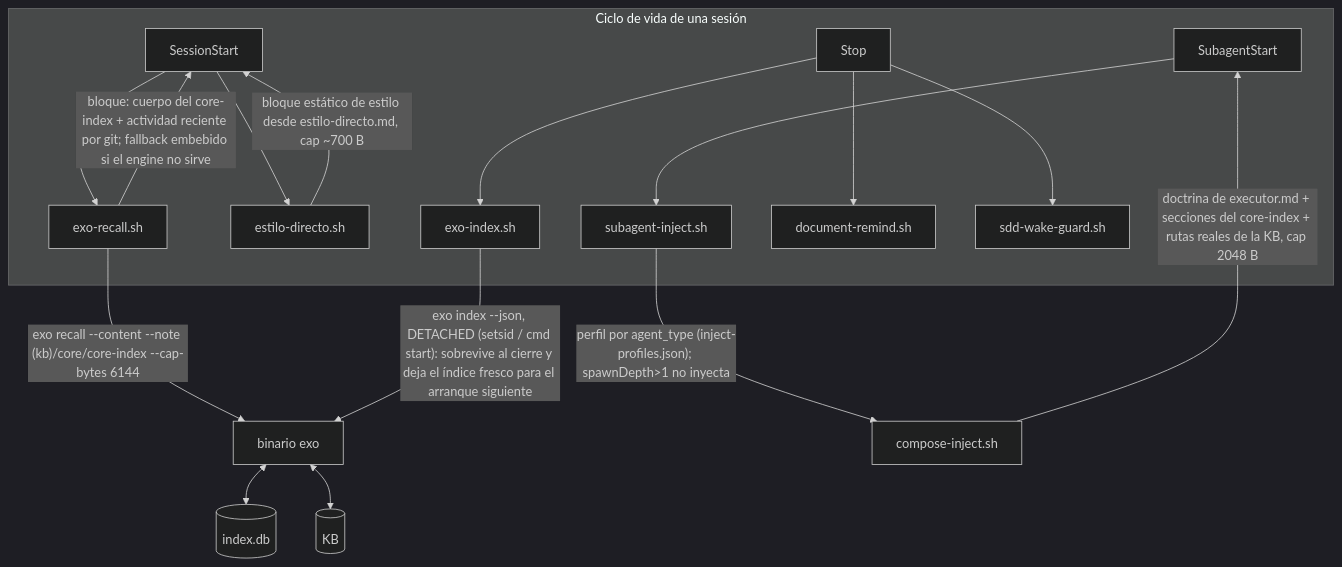
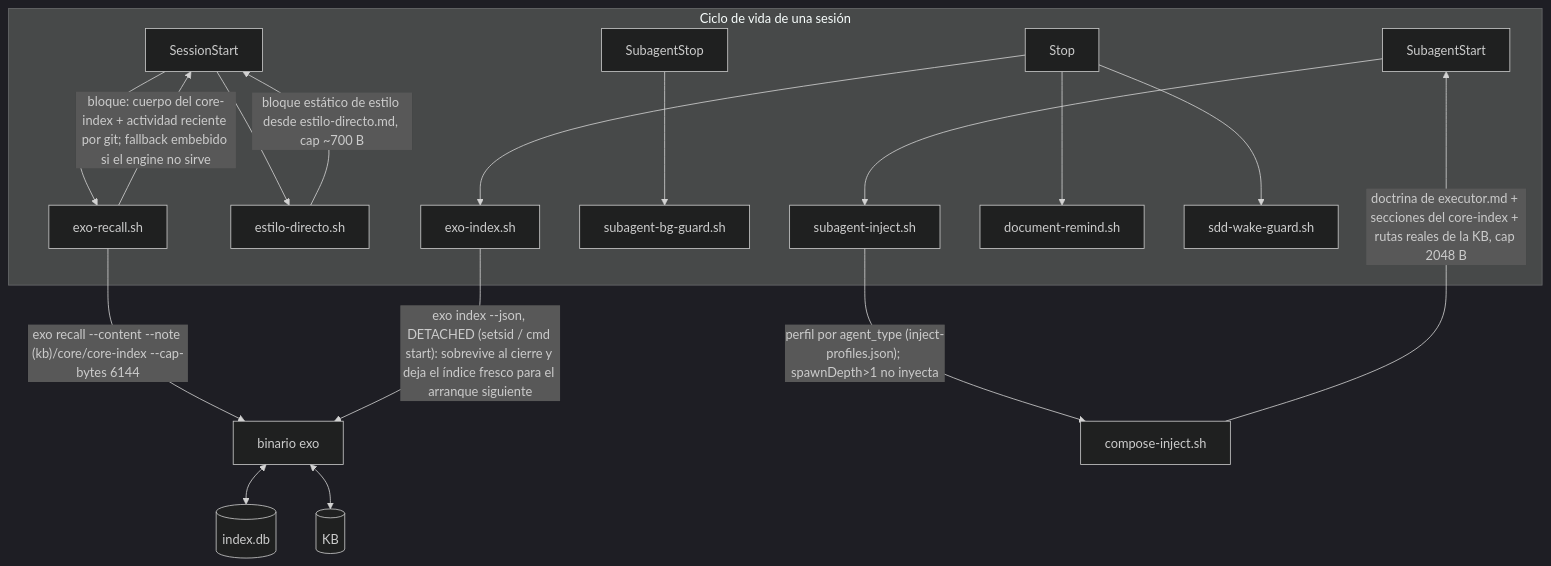
The fourth of 4 diagrams in docs/arquitectura.md (pguerrerolinares/exo), drawn with Mermaid (dark theme) before and after one commit. The commit also changed 4 other files, not shown here.

Commit message:
docs(plugin): documenta subagent-bg-guard y plugin a 1.18.5 (#170)

````diff
--- a/docs/arquitectura.md
+++ b/docs/arquitectura.md
@@ -417,20 +417,21 @@
 ```mermaid
 flowchart TD
     subgraph sesion["Ciclo de vida de una sesión"]
         SS["SessionStart"] --> ERS["exo-recall.sh"]
         SS --> EDS["estilo-directo.sh"]
         SA["SubagentStart"] --> SIS["subagent-inject.sh"]
+        SS2["SubagentStop"] --> SBG["subagent-bg-guard.sh"]
         ST["Stop"] --> EIS["exo-index.sh"] & DRS["document-remind.sh"] & SWG["sdd-wake-guard.sh"]
     end
 
     ERS -->|"exo recall --content --note (kb)/core/core-index --cap-bytes 6144"| ENG["binario exo"]
     ERS -->|"bloque: cuerpo del core-index + actividad reciente por git; fallback embebido si el engine no sirve"| SS
     EDS -->|"bloque estático de estilo desde estilo-directo.md, cap ~700 B"| SS
 
     SIS -->|"perfil por agent_type (inject-profiles.json); spawnDepth>1 no inyecta"| CIS["compose-inject.sh"]
     CIS -->|"doctrina de executor.md + secciones del core-index + rutas reales de la KB, cap 2048 B"| SA
 
     EIS -->|"exo index --json, DETACHED (setsid / cmd start): sobrevive al cierre y deja el índice fresco para el arranque siguiente"| ENG
     ENG <--> DB[("index.db")]
     ENG <--> KB[("KB")]
 ```
````
